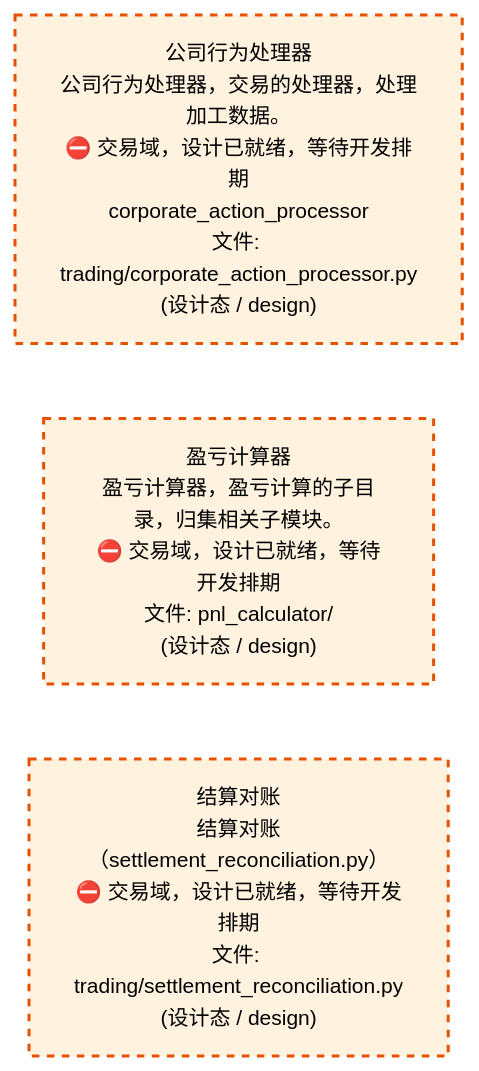
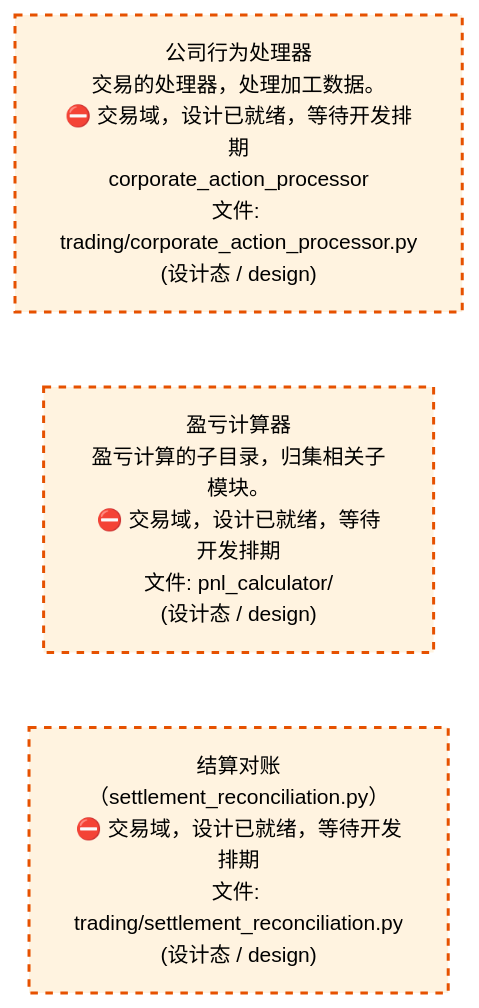
Before and after one commit to xuanFelixVan/ZephyrAlpha: the third of 4 diagrams in docs/02_enterprise_architecture/02_domain_architecture_docs/72_d_trading.md, drawn with Mermaid. The commit also changed other lines of this file and 61 other files, not shown here.

````diff
--- a/docs/02_enterprise_architecture/02_domain_architecture_docs/72_d_trading.md
+++ b/docs/02_enterprise_architecture/02_domain_architecture_docs/72_d_trading.md
@@ -298,14 +299,14 @@
 ```mermaid
 %%{init: {'theme': 'base', 'themeVariables': {'primaryColor': '#eaeaea', 'primaryTextColor': '#333333', 'primaryBorderColor': '#666666', 'lineColor': '#666666', 'secondaryColor': '#eaeaea', 'tertiaryColor': '#eaeaea', 'fontSize': '14px'}}}%%
 flowchart TD
-    src_zephyr_trading_corporate_action_processor_py["公司行为处理器<br/>公司行为处理器，交易的处理器，处理加工数据。<br/>⛔ 交易域，设计已就绪，等待开发排期<br/>corporate_action_processor<br/>文件: trading/corporate_action_processor.py<br/>(设计态 / design)"]
-    src_zephyr_trading_pnl_calculator["盈亏计算器<br/>盈亏计算器，盈亏计算的子目录，归集相关子模块。<br/>⛔ 交易域，设计已就绪，等待开发排期<br/>文件: pnl_calculator/<br/>(设计态 / design)"]
-    src_zephyr_trading_settlement_reconciliation_py["结算对账<br/>结算对账（settlement_reconciliation.py）<br/>⛔ 交易域，设计已就绪，等待开发排期<br/>文件: trading/settlement_reconciliation.py<br/>(设计态 / design)"]
+    src_zephyr_trading_corporate_action_processor_py["公司行为处理器<br/>交易的处理器，处理加工数据。<br/>⛔ 交易域，设计已就绪，等待开发排期<br/>corporate_action_processor<br/>文件: trading/corporate_action_processor.py<br/>(设计态 / design)"]
+    src_zephyr_trading_pnl_calculator["盈亏计算器<br/>盈亏计算的子目录，归集相关子模块。<br/>⛔ 交易域，设计已就绪，等待开发排期<br/>文件: pnl_calculator/<br/>(设计态 / design)"]
+    src_zephyr_trading_settlement_reconciliation_py["结算对账<br/>（settlement_reconciliation.py）<br/>⛔ 交易域，设计已就绪，等待开发排期<br/>文件: trading/settlement_reconciliation.py<br/>(设计态 / design)"]
     src_zephyr_trading_corporate_action_processor_py ~~~ src_zephyr_trading_pnl_calculator
     src_zephyr_trading_pnl_calculator ~~~ src_zephyr_trading_settlement_reconciliation_py
     classDef production fill:#e1f5fe,stroke:#01579b,stroke-width:2px,color:#000
     classDef design fill:#fff3e0,stroke:#e65100,stroke-width:2px,color:#000,stroke-dasharray: 5 5
     classDef external_prod fill:#e8f4fd,stroke:#0277bd,stroke-width:1px,color:#000
     classDef external_design fill:#fff8e7,stroke:#ef6c00,stroke-width:1px,color:#000,stroke-dasharray: 5 5
     class src_zephyr_trading_corporate_action_processor_py,src_zephyr_trading_pnl_calculator,src_zephyr_trading_settlement_reconciliation_py design
 ```
````
